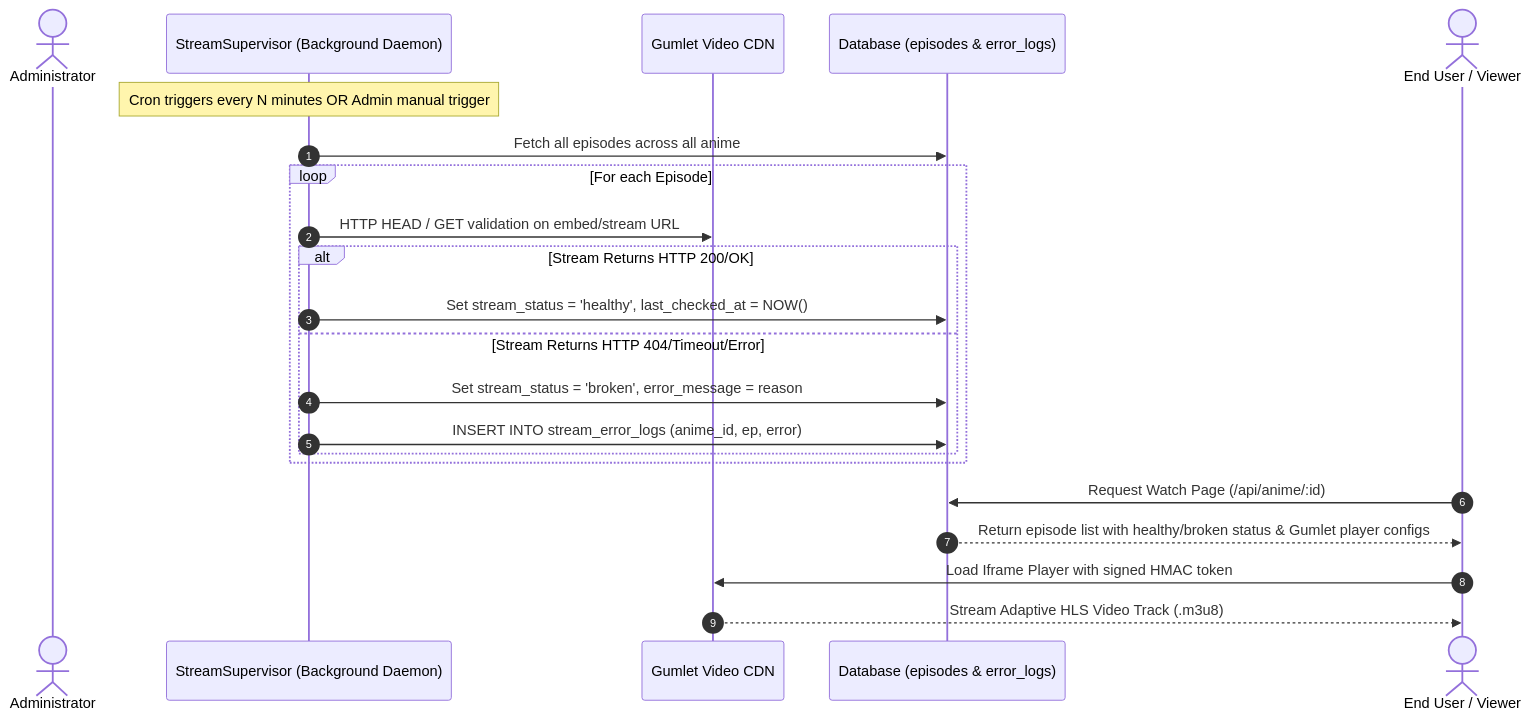
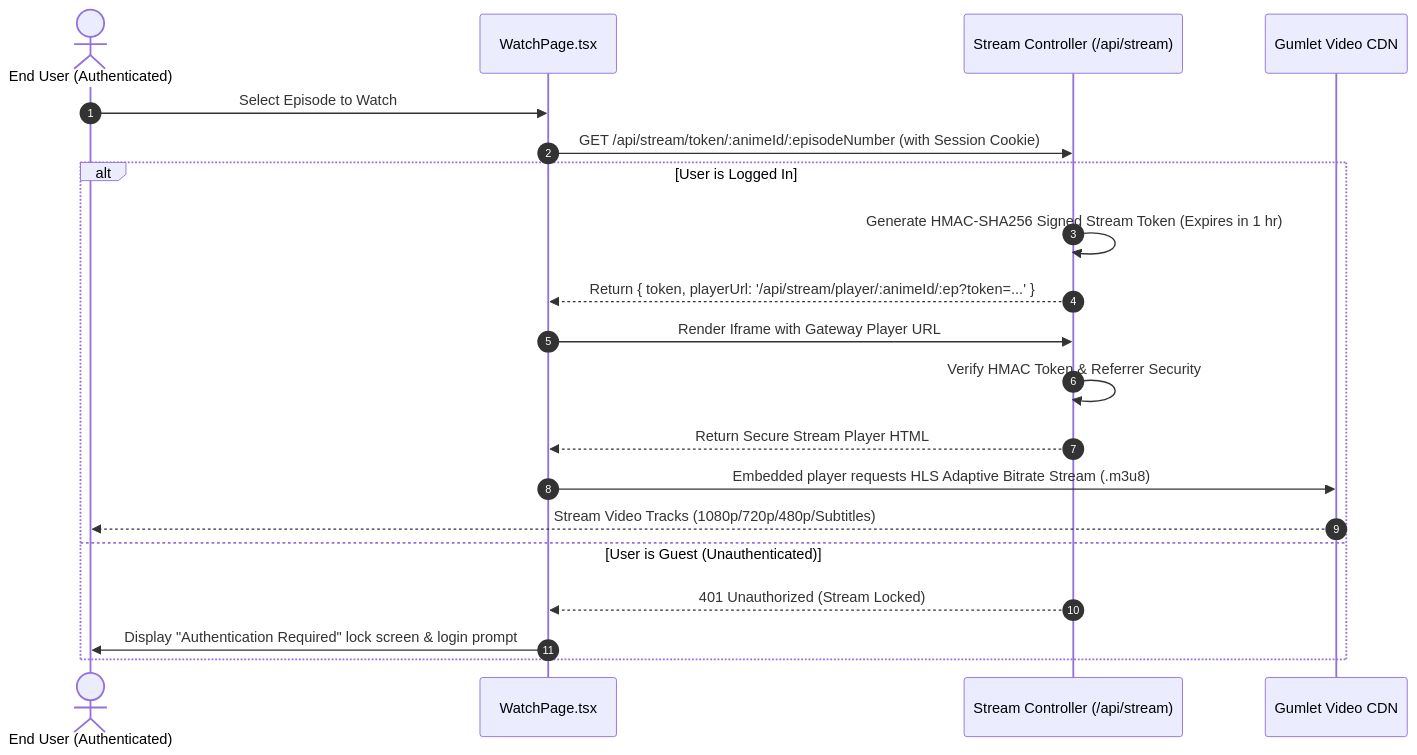
The second of 3 diagrams in document.md (WantedFelconer/aniflux), drawn with Mermaid before and after one commit. The commit also changed other lines of this file, not shown here.

````diff
--- a/document.md
+++ b/document.md
@@ -124,26 +138,24 @@
 ```mermaid
 sequenceDiagram
     autonumber
-    actor Admin as Administrator
-    participant Supervisor as StreamSupervisor (Background Daemon)
+    actor Viewer as End User (Authenticated)
+    participant WatchPage as WatchPage.tsx
+    participant StreamAPI as Stream Controller (/api/stream)
     participant Gumlet as Gumlet Video CDN
-    participant DB as Database (episodes & error_logs)
-    actor Viewer as End User / Viewer
     
-    Note over Supervisor: Cron triggers every N minutes OR Admin manual trigger
-    Supervisor->>DB: Fetch all episodes across all anime
-    loop For each Episode
-        Supervisor->>Gumlet: HTTP HEAD / GET validation on embed/stream URL
-        alt Stream Returns HTTP 200/OK
-            Supervisor->>DB: Set stream_status = 'healthy', last_checked_at = NOW()
-        else Stream Returns HTTP 404/Timeout/Error
-            Supervisor->>DB: Set stream_status = 'broken', error_message = reason
-            Supervisor->>DB: INSERT INTO stream_error_logs (anime_id, ep, error)
-        end
+    Viewer->>WatchPage: Select Episode to Watch
+    WatchPage->>StreamAPI: GET /api/stream/token/:animeId/:episodeNumber (with Session Cookie)
+    
+    alt User is Logged In
+        StreamAPI->>StreamAPI: Generate HMAC-SHA256 Signed Stream Token (Expires in 1 hr)
+        StreamAPI-->>WatchPage: Return { token, playerUrl: '/api/stream/player/:animeId/:ep?token=...' }
+        WatchPage->>StreamAPI: Render Iframe with Gateway Player URL
+        StreamAPI->>StreamAPI: Verify HMAC Token & Referrer Security
+        StreamAPI-->>WatchPage: Return Secure Stream Player HTML
+        WatchPage->>Gumlet: Embedded player requests HLS Adaptive Bitrate Stream (.m3u8)
+        Gumlet-->>Viewer: Stream Video Tracks (1080p/720p/480p/Subtitles)
+    else User is Guest (Unauthenticated)
+        StreamAPI-->>WatchPage: 401 Unauthorized (Stream Locked)
+        WatchPage->>Viewer: Display "Authentication Required" lock screen & login prompt
     end
-    
-    Viewer->>DB: Request Watch Page (/api/anime/:id)
-    DB-->>Viewer: Return episode list with healthy/broken status & Gumlet player configs
-    Viewer->>Gumlet: Load Iframe Player with signed HMAC token
-    Gumlet-->>Viewer: Stream Adaptive HLS Video Track (.m3u8)
 ```
````
